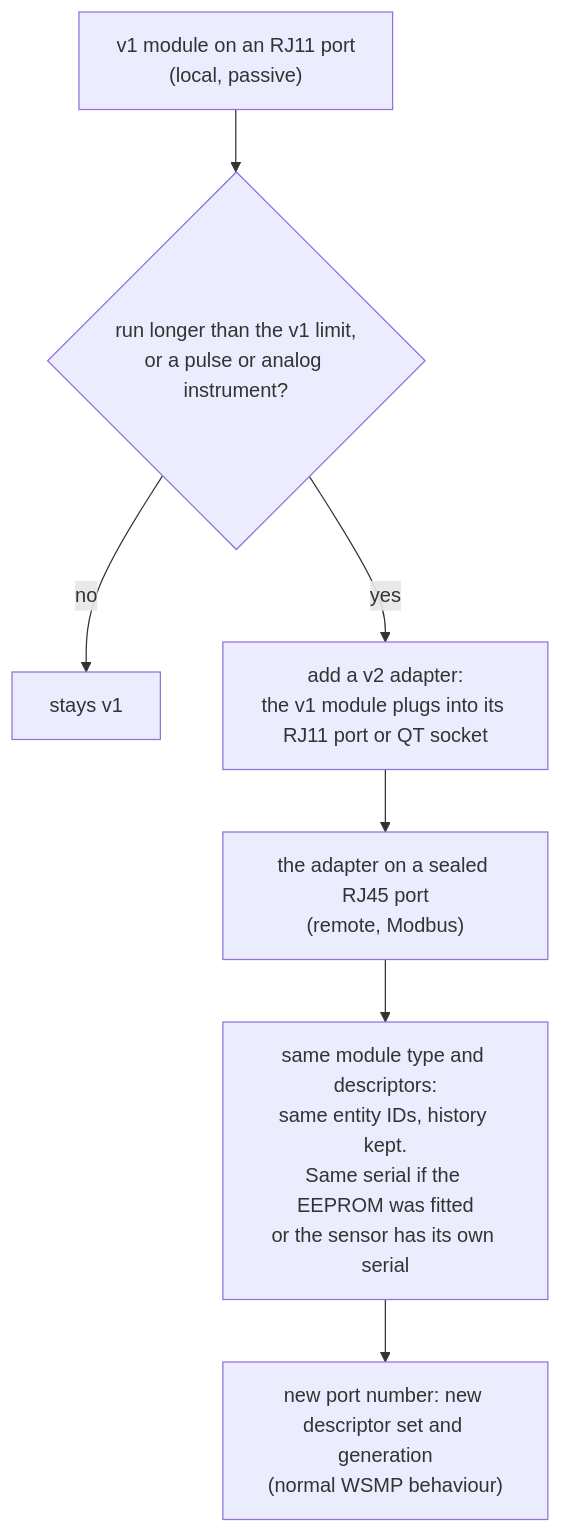
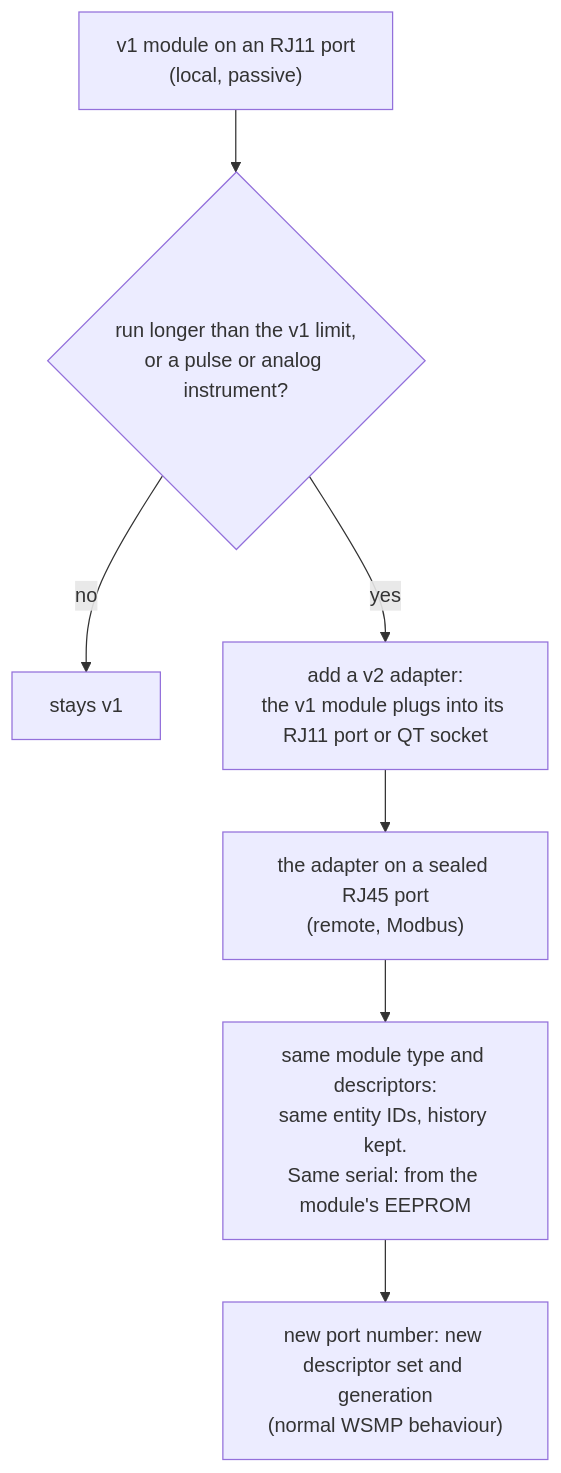
Before and after one commit to clintecker/weather-station-2026: diagram 11 of 11 in docs/superpowers/specs/2026-10-21-sensor-module-ports-design.md, drawn with Mermaid. The commit also changed other lines of this file, not shown here.

First line of the commit message:
Spec: ID EEPROM on every module board (OQ-6 decided)

````diff
--- a/docs/superpowers/specs/2026-10-21-sensor-module-ports-design.md
+++ b/docs/superpowers/specs/2026-10-21-sensor-module-ports-design.md
@@ -640,9 +645,9 @@
 ```mermaid
 flowchart TD
   A["v1 module on an RJ11 port<br/>(local, passive)"] --> Q{"run longer than the v1 limit,<br/>or a pulse or analog instrument?"}
   Q -- no --> STAY["stays v1"]
   Q -- yes --> B["add a v2 adapter:<br/>the v1 module plugs into its RJ11 port or QT socket"]
   B --> C["the adapter on a sealed RJ45 port<br/>(remote, Modbus)"]
-  C --> D["same module type and descriptors:<br/>same entity IDs, history kept.<br/>Same serial if the EEPROM was fitted<br/>or the sensor has its own serial"]
+  C --> D["same module type and descriptors:<br/>same entity IDs, history kept.<br/>Same serial: from the module's EEPROM"]
   D --> E["new port number: new descriptor set and generation<br/>(normal WSMP behaviour)"]
 ```
````
